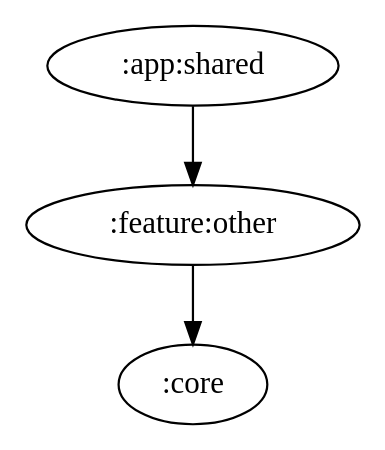
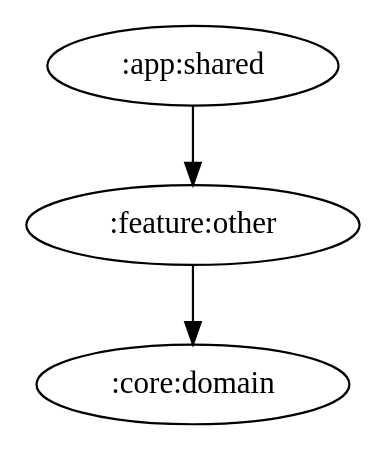
One commit to ai-kurou/KoDriver changed the diagram in docs/graphs/feature-other.gv. Above: the diagram before and after it, drawn with Graphviz. The commit also changed 10 other files, not shown here.

Commit message:
chore: update module graph images [skip ci]

```diff
--- a/docs/graphs/feature-other.gv
+++ b/docs/graphs/feature-other.gv
@@ -1,4 +1,4 @@
 digraph G {
   ":app:shared" -> ":feature:other"
-  ":feature:other" -> ":core"
+  ":feature:other" -> ":core:domain"
 }
```
